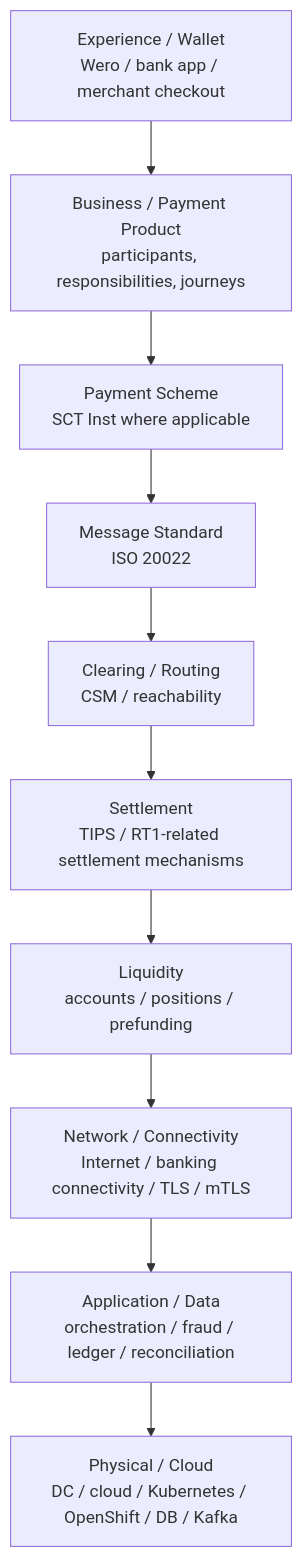
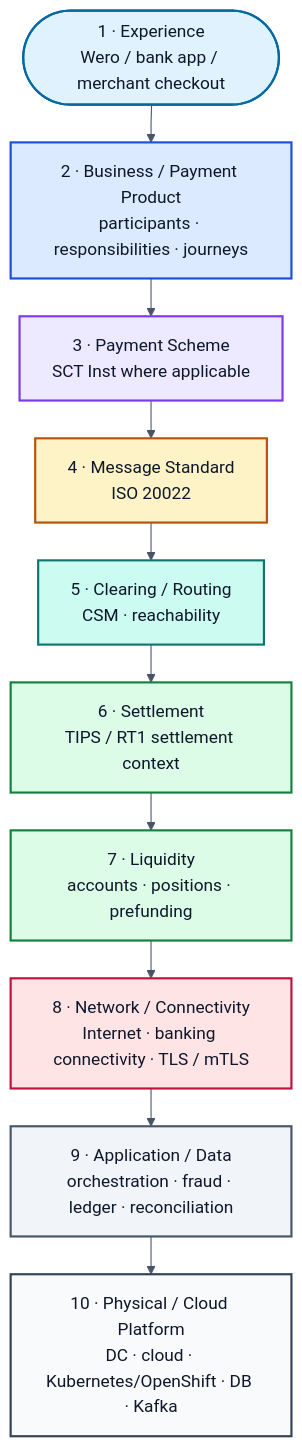
One commit to zdmooc/wero-epi-reference-architecture-handbook changed the diagram in diagrams/mermaid/FIG-01-001-layered-payment-architecture.mmd. Above: the diagram before and after it, drawn with Mermaid. The commit also changed 8 other files, not shown here.

Commit message:
visual: establish V1 design system and prepare 8 hero figures

```diff
--- a/diagrams/mermaid/FIG-01-001-layered-payment-architecture.mmd
+++ b/diagrams/mermaid/FIG-01-001-layered-payment-architecture.mmd
@@ -1,20 +1,33 @@
 %% title: Layered payment architecture
 %% view: architecture-layers
 %% truth_level: REFERENCE_ARCHITECTURE
-%% last_verified: 2026-09-28
+%% last_verified: 2026-09-29
 %% sources: handbook editorial model
 %% related_chapter: book/01-foundations/01-layered-reading-of-wero-epi.md
+%% visual_system: V1
+%% layout: hero-portrait
 
+%%{init: {"theme":"base","flowchart":{"curve":"linear","nodeSpacing":30,"rankSpacing":35},"themeVariables":{"fontFamily":"Arial, sans-serif","fontSize":"16px","lineColor":"#475569","primaryTextColor":"#0F172A"}}}%%
 flowchart TB
-    A["Experience / Wallet<br/>Wero / bank app / merchant checkout"]
-    B["Business / Payment Product<br/>participants, responsibilities, journeys"]
-    C["Payment Scheme<br/>SCT Inst where applicable"]
-    D["Message Standard<br/>ISO 20022"]
-    E["Clearing / Routing<br/>CSM / reachability"]
-    F["Settlement<br/>TIPS / RT1-related settlement mechanisms"]
-    G["Liquidity<br/>accounts / positions / prefunding"]
-    H["Network / Connectivity<br/>Internet / banking connectivity / TLS / mTLS"]
-    I["Application / Data<br/>orchestration / fraud / ledger / reconciliation"]
-    J["Physical / Cloud<br/>DC / cloud / Kubernetes / OpenShift / DB / Kafka"]
+    A(["1 · Experience<br/>Wero / bank app / merchant checkout"]):::experience
+    B["2 · Business / Payment Product<br/>participants · responsibilities · journeys"]:::business
+    C["3 · Payment Scheme<br/>SCT Inst where applicable"]:::scheme
+    D["4 · Message Standard<br/>ISO 20022"]:::message
+    E["5 · Clearing / Routing<br/>CSM · reachability"]:::rail
+    F["6 · Settlement<br/>TIPS / RT1 settlement context"]:::settlement
+    G["7 · Liquidity<br/>accounts · positions · prefunding"]:::settlement
+    H["8 · Network / Connectivity<br/>Internet · banking connectivity · TLS / mTLS"]:::security
+    I["9 · Application / Data<br/>orchestration · fraud · ledger · reconciliation"]:::data
+    J["10 · Physical / Cloud Platform<br/>DC · cloud · Kubernetes/OpenShift · DB · Kafka"]:::platform
 
     A --> B --> C --> D --> E --> F --> G --> H --> I --> J
+
+    classDef experience fill:#E0F2FE,stroke:#0369A1,color:#0F172A,stroke-width:2px;
+    classDef business fill:#DBEAFE,stroke:#1D4ED8,color:#0F172A,stroke-width:2px;
+    classDef scheme fill:#EDE9FE,stroke:#7C3AED,color:#0F172A,stroke-width:2px;
+    classDef message fill:#FEF3C7,stroke:#B45309,color:#0F172A,stroke-width:2px;
+    classDef rail fill:#CCFBF1,stroke:#0F766E,color:#0F172A,stroke-width:2px;
+    classDef settlement fill:#DCFCE7,stroke:#15803D,color:#0F172A,stroke-width:2px;
+    classDef security fill:#FFE4E6,stroke:#BE123C,color:#0F172A,stroke-width:2px;
+    classDef data fill:#F1F5F9,stroke:#475569,color:#0F172A,stroke-width:2px;
+    classDef platform fill:#F8FAFC,stroke:#334155,color:#0F172A,stroke-width:2px;
```
